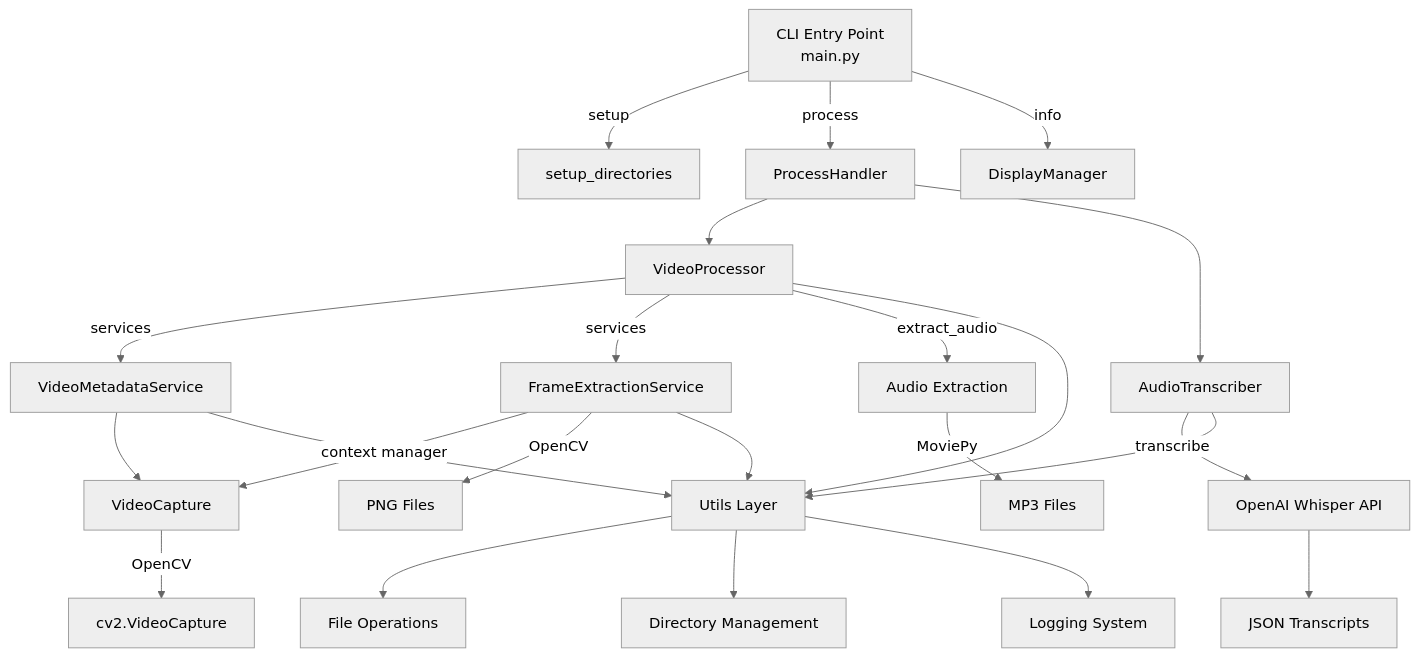
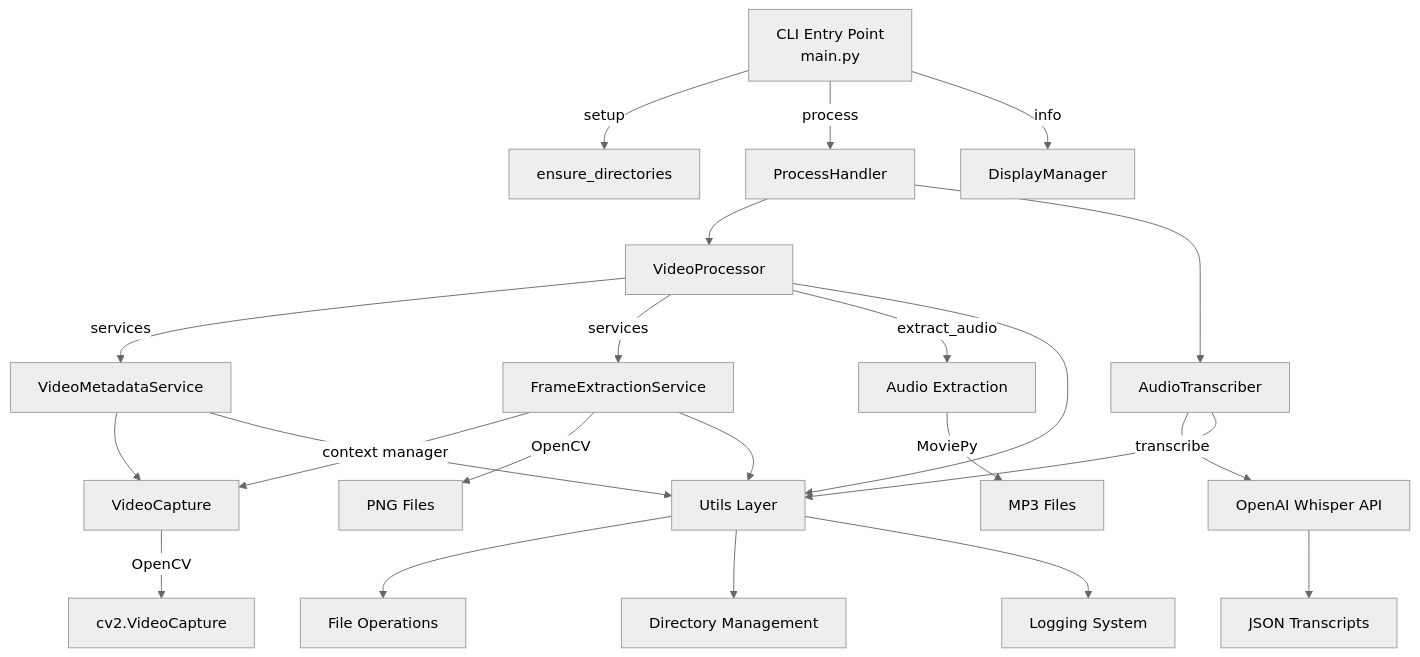
One commit to erictt/sniffer changed the diagram in README.md. Above: the diagram before and after it, drawn with Mermaid (neutral theme). The commit also changed other lines of this file, not shown here.

````diff
--- a/README.md
+++ b/README.md
@@ -276,32 +188,32 @@
 ```mermaid
 graph TB
-    CLI[CLI Entry Point<br/>main.py] --> |setup| SETUP[setup_directories]
+    CLI[CLI Entry Point<br/>main.py] --> |setup| SETUP[ensure_directories]
     CLI --> |process| PROCESS[ProcessHandler]
     CLI --> |info| INFO[DisplayManager]
 
     PROCESS --> VP[VideoProcessor]
     PROCESS --> AT[AudioTranscriber]
 
     VP --> |services| MS[VideoMetadataService]
     VP --> |services| FS[FrameExtractionService]
     VP --> |extract_audio| AUDIO[Audio Extraction]
 
     FS --> |context manager| VC[VideoCapture]
     MS --> VC
     VC --> |OpenCV| CV[cv2.VideoCapture]
 
     AUDIO --> |MoviePy| MP3[MP3 Files]
     FS --> |OpenCV| PNG[PNG Files]
 
     AT --> |transcribe| WHISPER[OpenAI Whisper API]
     WHISPER --> JSON[JSON Transcripts]
 
     VP --> UTILS[Utils Layer]
     AT --> UTILS
     MS --> UTILS
     FS --> UTILS
 
     UTILS --> FILE[File Operations]
     UTILS --> DIR[Directory Management]
     UTILS --> LOG[Logging System]
 ```
````
